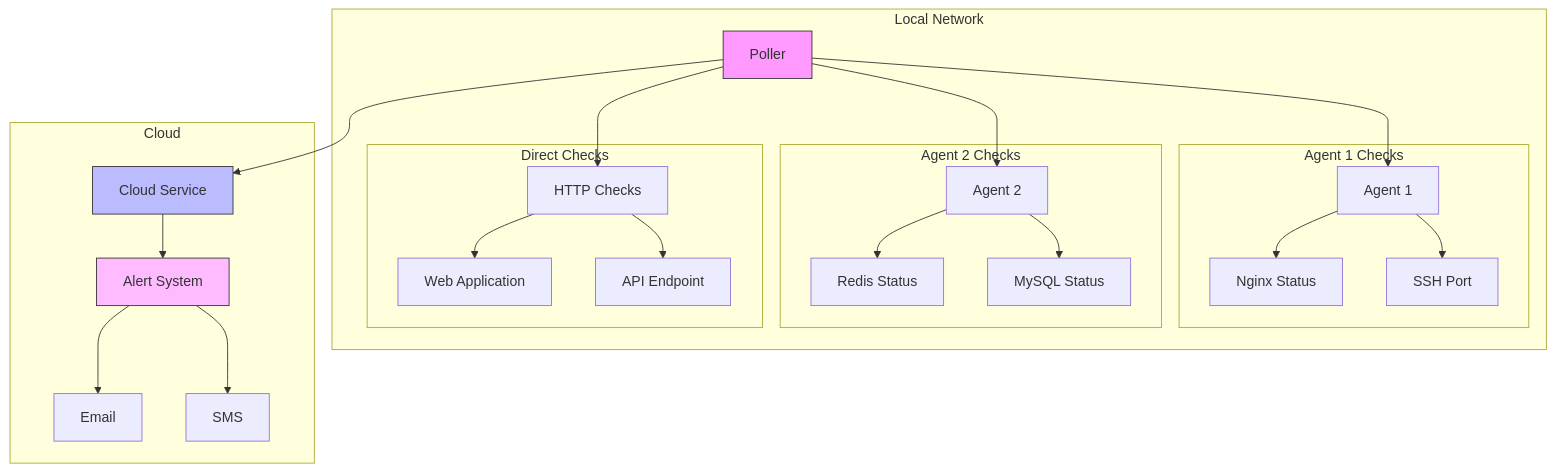
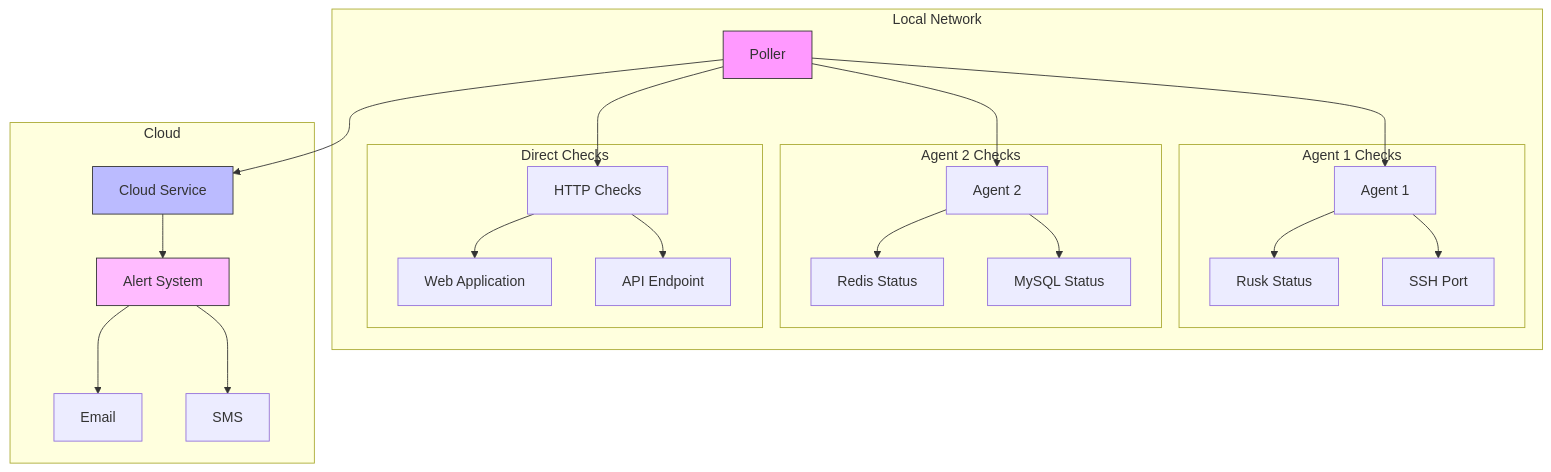
Before and after one commit to mfreeman451/serviceradar: the diagram in README.md, drawn with Mermaid. The commit also changed other lines of this file and 10 other files, not shown here.

````diff
--- a/README.md
+++ b/README.md
@@ -14,34 +14,34 @@
 ```mermaid
 graph TB
     subgraph Local Network
         P[Poller] --> A1[Agent 1]
         P --> A2[Agent 2]
         P --> HTTP[HTTP Checks]
         
         subgraph "Agent 1 Checks"
-            A1 --> Nginx[Nginx Status]
+            A1 --> Rusk[Rusk Status]
             A1 --> SSH[SSH Port]
         end
         
         subgraph "Agent 2 Checks"
             A2 --> Redis[Redis Status]
             A2 --> MySQL[MySQL Status]
         end
         
         subgraph "Direct Checks"
             HTTP --> WebApp[Web Application]
             HTTP --> API[API Endpoint]
         end
     end
     
     subgraph Cloud
         P --> CS[Cloud Service]
         CS --> Alerts[Alert System]
         Alerts --> Email[Email]
         Alerts --> SMS[SMS]
     end
 
     style P fill:#f9f,stroke:#333
     style CS fill:#bbf,stroke:#333
     style Alerts fill:#fbf,stroke:#333
 ```
````
